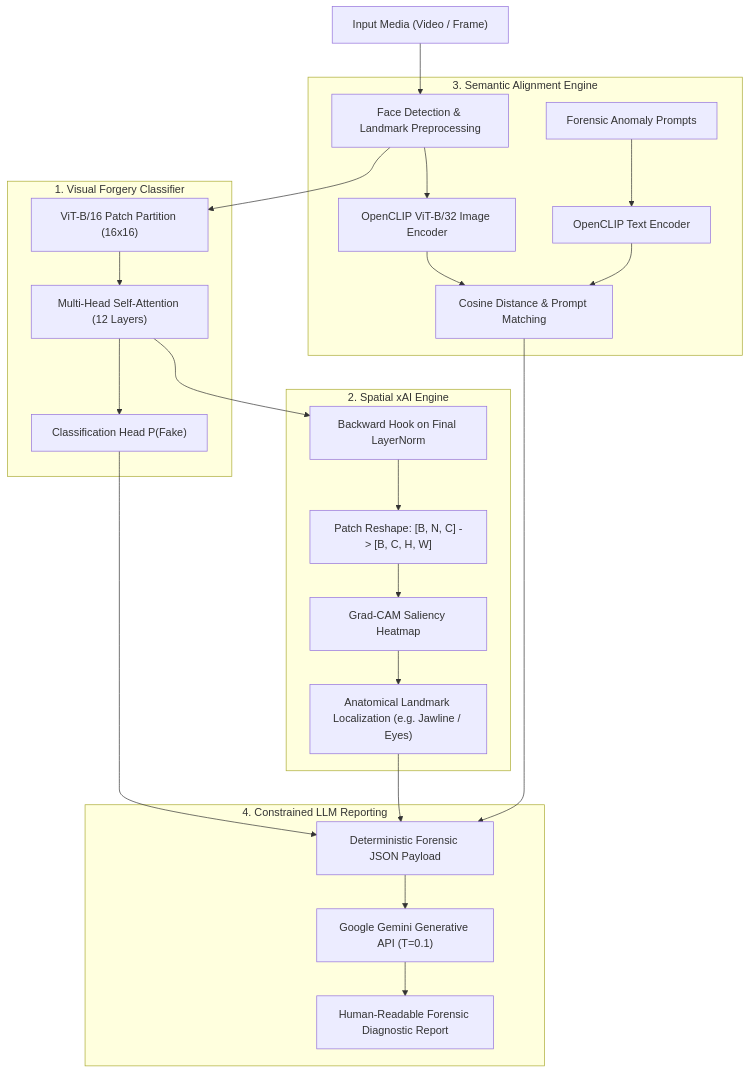
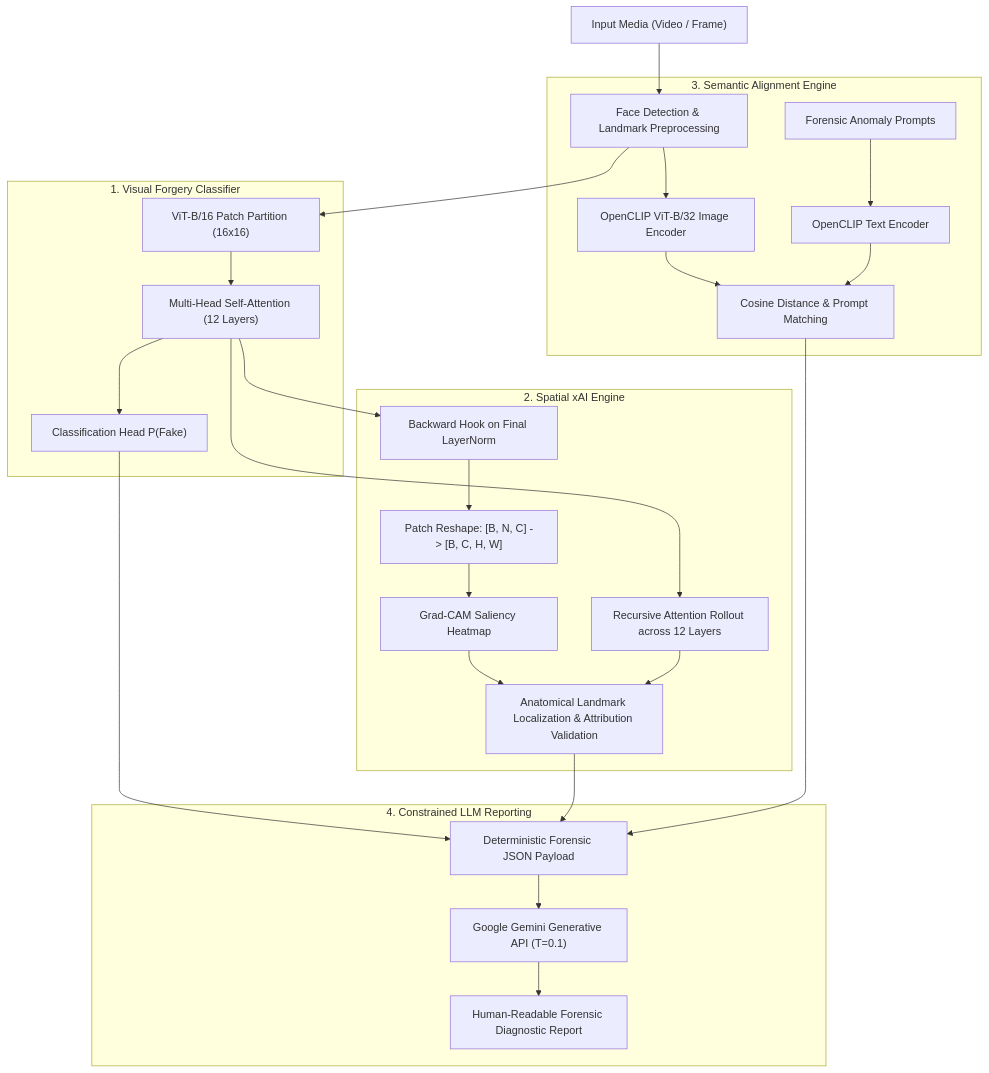
One commit to Praveenkumarchilukuri/Explainable-deepfake-vlm changed the diagram in README.md. Above: the diagram before and after it, drawn with Mermaid. The commit also changed other lines of this file and 13 other files, not shown here.

Commit message:
feat: add Attention Rollout, Pointing Game & Mask IoU metrics, multi-dataset evaluation, and modular data loader

````diff
--- a/README.md
+++ b/README.md
@@ -17,29 +18,30 @@
 ```mermaid
 flowchart TD
     A["Input Media (Video / Frame)"] --> B["Face Detection & Landmark Preprocessing"]
     B --> C["ViT-B/16 Patch Partition (16x16)"]
     
     subgraph Detection["1. Visual Forgery Classifier"]
         C --> D["Multi-Head Self-Attention (12 Layers)"]
         D --> E["Classification Head P(Fake)"]
     end
 
     subgraph Explainability["2. Spatial xAI Engine"]
         D --> F["Backward Hook on Final LayerNorm"]
         F --> G["Patch Reshape: [B, N, C] -> [B, C, H, W]"]
         G --> H["Grad-CAM Saliency Heatmap"]
-        H --> I["Anatomical Landmark Localization (e.g. Jawline / Eyes)"]
+        D --> I["Recursive Attention Rollout across 12 Layers"]
+        H & I --> J["Anatomical Landmark Localization & Attribution Validation"]
     end
 
     subgraph Multimodal["3. Semantic Alignment Engine"]
-        B --> J["OpenCLIP ViT-B/32 Image Encoder"]
-        K["Forensic Anomaly Prompts"] --> L["OpenCLIP Text Encoder"]
-        J & L --> M["Cosine Distance & Prompt Matching"]
+        B --> K["OpenCLIP ViT-B/32 Image Encoder"]
+        L["Forensic Anomaly Prompts"] --> M["OpenCLIP Text Encoder"]
+        K & M --> N["Cosine Distance & Prompt Matching"]
     end
 
     subgraph Translation["4. Constrained LLM Reporting"]
-        E & I & M --> N["Deterministic Forensic JSON Payload"]
-        N --> O["Google Gemini Generative API (T=0.1)"]
-        O --> P["Human-Readable Forensic Diagnostic Report"]
+        E & J & N --> O["Deterministic Forensic JSON Payload"]
+        O --> P["Google Gemini Generative API (T=0.1)"]
+        P --> Q["Human-Readable Forensic Diagnostic Report"]
     end
 ```
````
